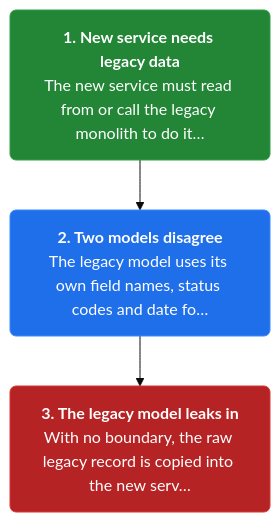
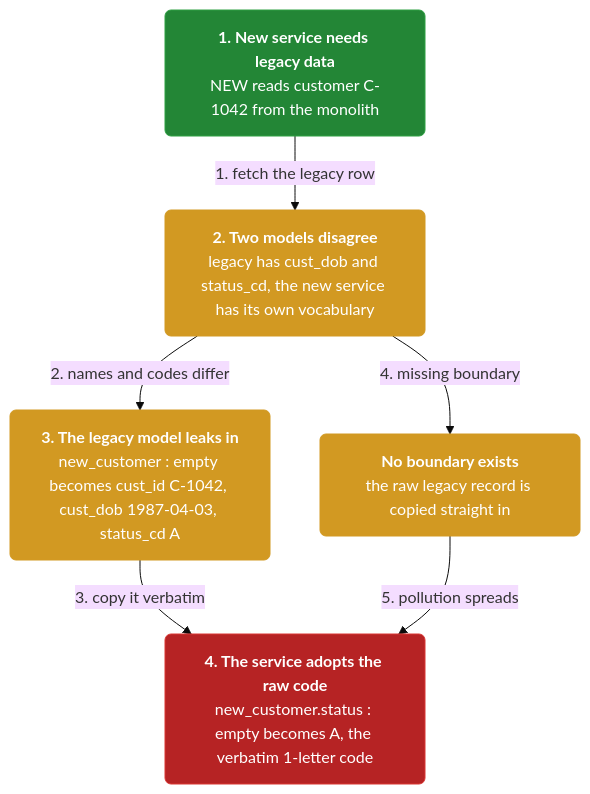
The first of 3 diagrams in docs/ch43-anti-corruption-layer.md (vinayakuber/microservices-io-study-guide), drawn with Mermaid (base theme) before and after one commit. The commit also changed other lines of this file and 46 other files, not shown here.

First line of the commit message:
Author rich branching flow diagrams for all 44 chapters

````diff
--- a/docs/ch43-anti-corruption-layer.md
+++ b/docs/ch43-anti-corruption-layer.md
@@ -13,11 +13,18 @@
 ```mermaid
 flowchart TD
-  classDef step fill:#1f6feb,color:#ffffff,stroke:#388bfd,stroke-width:1px,rx:6
+  classDef step fill:#1f6feb,color:#ffffff,stroke:#388bfd,rx:6
+  classDef core fill:#8250df,color:#ffffff,stroke:#8250df,rx:6
+  classDef warn fill:#d29922,color:#ffffff,stroke:#d29922,rx:6
   classDef start fill:#238636,color:#ffffff,stroke:#2ea043,rx:6
   classDef stop fill:#b62324,color:#ffffff,stroke:#da3633,rx:6
-  s0n0["<b>1. New service needs legacy data</b><br/>The new service must read from or call the legacy monolith to do it…"]:::start
-  s0n1["<b>2. Two models disagree</b><br/>The legacy model uses its own field names, status codes and date fo…"]:::step
-  s0n2["<b>3. The legacy model leaks in</b><br/>With no boundary, the raw legacy record is copied into the new serv…"]:::stop
-  s0n0 --> s0n1
-  s0n1 --> s0n2
+  n0["<b>1. New service needs legacy data</b><br/>NEW reads customer C-1042 from the monolith"]:::start
+  n1["<b>2. Two models disagree</b><br/>legacy has cust_dob and status_cd, the new service has its own vocabulary"]:::warn
+  n2["<b>3. The legacy model leaks in</b><br/>new_customer : empty becomes cust_id C-1042, cust_dob 1987-04-03, status_cd A"]:::warn
+  n3["<b>4. The service adopts the raw code</b><br/>new_customer.status : empty becomes A, the verbatim 1-letter code"]:::stop
+  n4["<b>No boundary exists</b><br/>the raw legacy record is copied straight in"]:::warn
+  n0 -->|"1. fetch the legacy row"| n1
+  n1 -->|"2. names and codes differ"| n2
+  n2 -->|"3. copy it verbatim"| n3
+  n1 -->|"4. missing boundary"| n4
+  n4 -->|"5. pollution spreads"| n3
 ```
````
